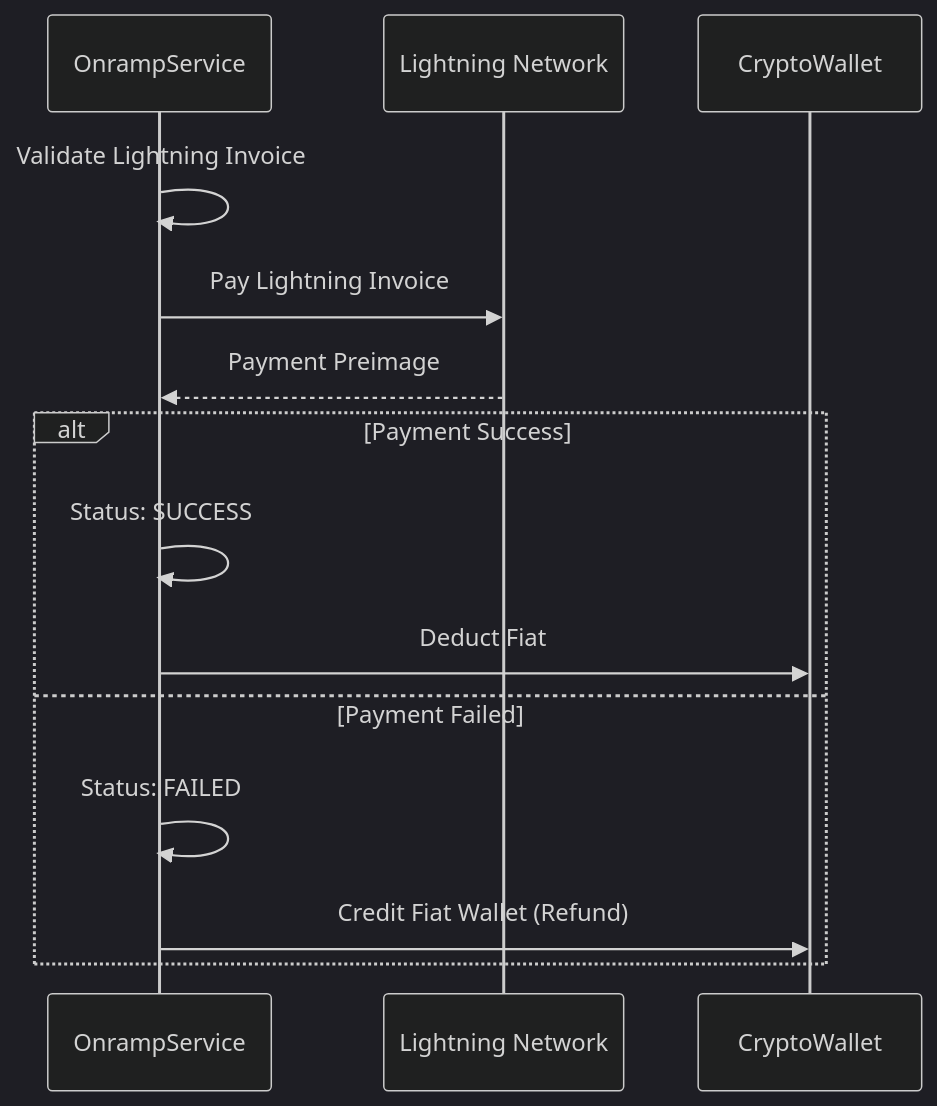
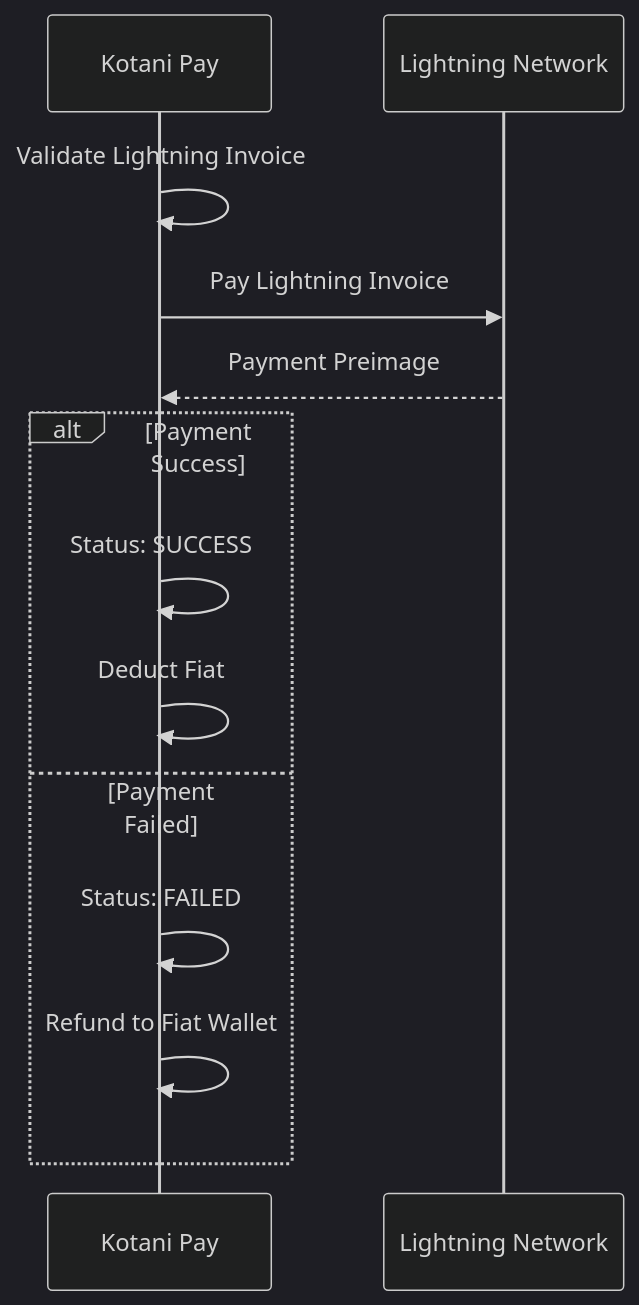
One commit to john-muinde/docs changed the fifth of 9 diagrams in v3/flows/onramp-flow.mdx. Above: the diagram before and after it, drawn with Mermaid (dark theme). The commit also changed other lines of this file and 5 other files, not shown here.

````diff
--- a/v3/flows/onramp-flow.mdx
+++ b/v3/flows/onramp-flow.mdx
@@ -111,18 +99,17 @@
 ```mermaid
 sequenceDiagram
-    participant OnrampService
-    participant Blockchain as Lightning Network
-    participant CryptoWallet
+    participant Kotani Pay
+    participant Lightning as Lightning Network
 
-    OnrampService->>OnrampService: Validate Lightning Invoice
-    OnrampService->>Blockchain: Pay Lightning Invoice
-    Blockchain-->>OnrampService: Payment Preimage
+    Kotani Pay->>Kotani Pay: Validate Lightning Invoice
+    Kotani Pay->>Lightning: Pay Lightning Invoice
+    Lightning-->>Kotani Pay: Payment Preimage
 
     alt Payment Success
-        OnrampService->>OnrampService: Status: SUCCESS
-        OnrampService->>CryptoWallet: Deduct Fiat
+        Kotani Pay->>Kotani Pay: Status: SUCCESS
+        Kotani Pay->>Kotani Pay: Deduct Fiat
     else Payment Failed
-        OnrampService->>OnrampService: Status: FAILED
-        OnrampService->>CryptoWallet: Credit Fiat Wallet (Refund)
+        Kotani Pay->>Kotani Pay: Status: FAILED
+        Kotani Pay->>Kotani Pay: Refund to Fiat Wallet
     end
 ```
````
